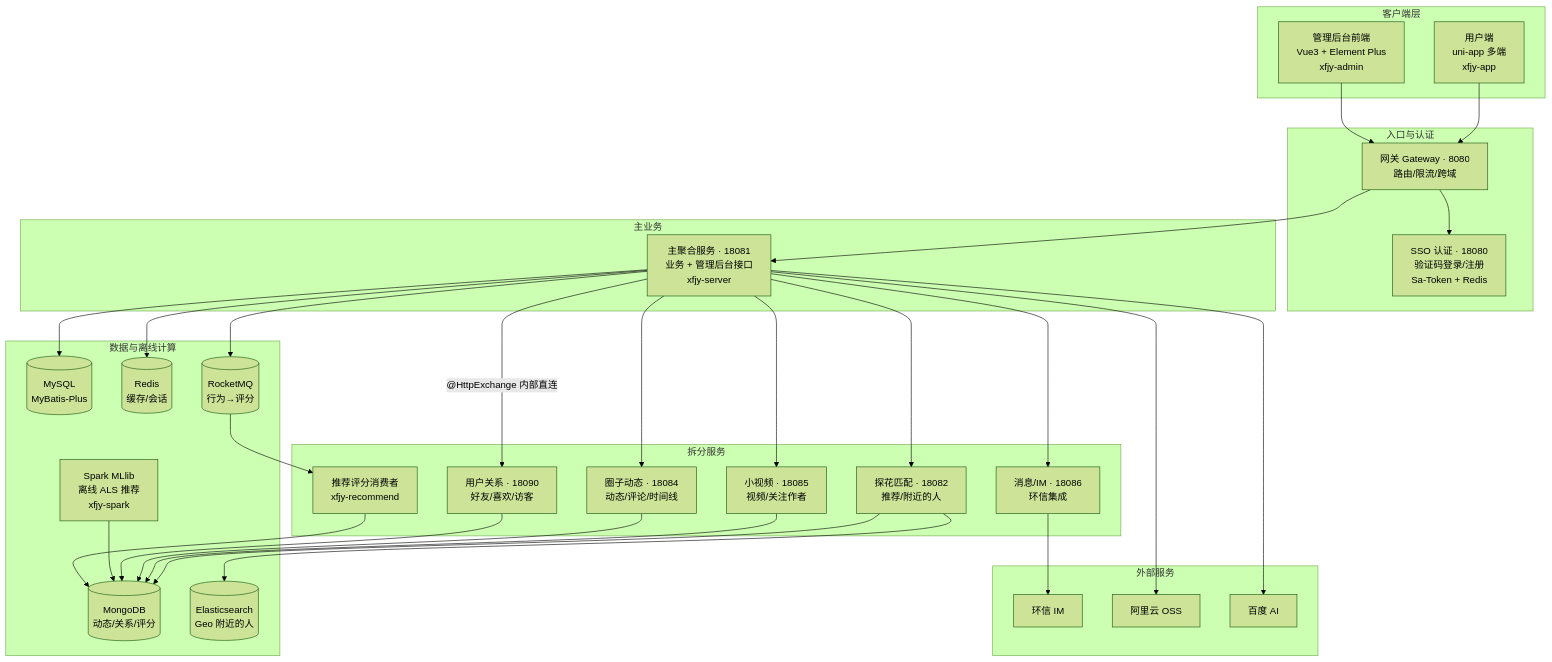
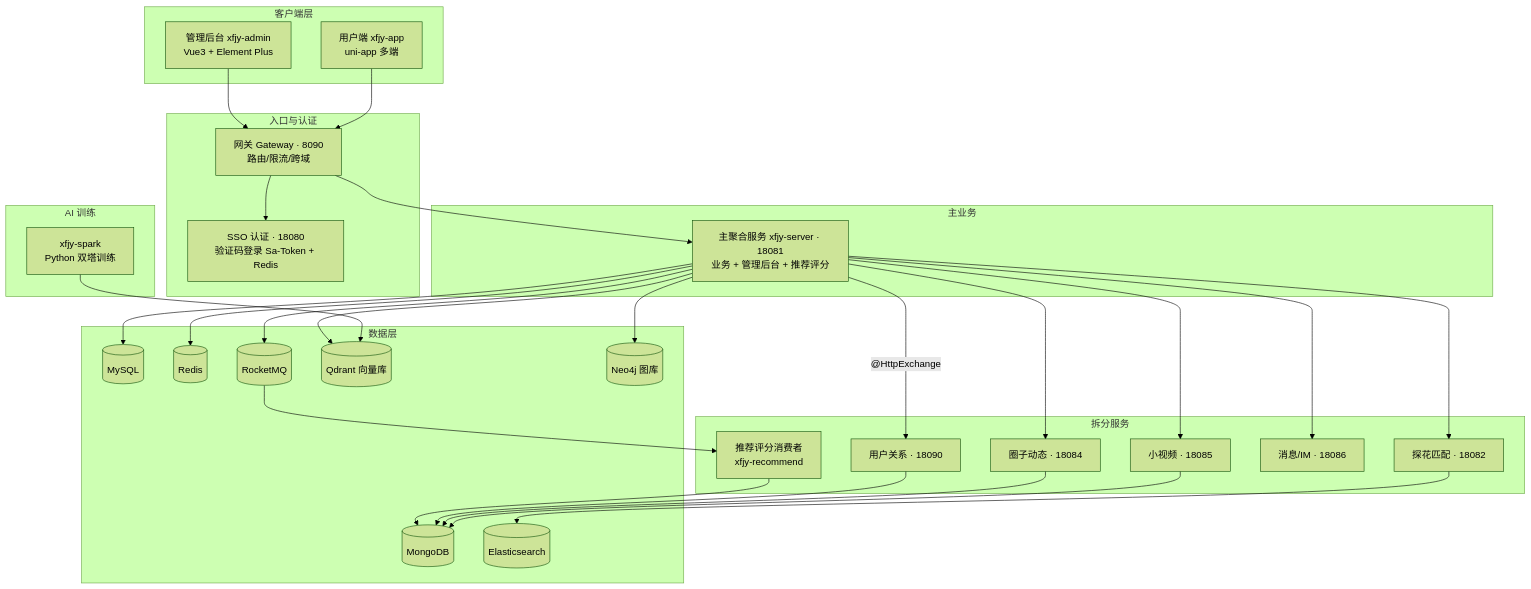
One commit to itxinfei/tanhua changed the diagram in README.md. Above: the diagram before and after it, drawn with Mermaid (forest theme). The commit also changed other lines of this file and 15 other files, not shown here.

````diff
--- a/README.md
+++ b/README.md
@@ -116,64 +100,61 @@
 ```mermaid
 flowchart TB
     subgraph 客户端层
-        A1[管理后台前端<br/>Vue3 + Element Plus<br/>xfjy-admin]
-        A2[用户端<br/>uni-app 多端<br/>xfjy-app]
+        A1[管理后台 xfjy-admin<br/>Vue3 + Element Plus]
+        A2[用户端 xfjy-app<br/>uni-app 多端]
     end
 
     subgraph 入口与认证
-        B[网关 Gateway · 8080<br/>路由/限流/跨域]
-        C[SSO 认证 · 18080<br/>验证码登录/注册<br/>Sa-Token + Redis]
+        B[网关 Gateway · 8090<br/>路由/限流/跨域]
+        C[SSO 认证 · 18080<br/>验证码登录 Sa-Token + Redis]
     end
 
     subgraph 主业务
-        D[主聚合服务 · 18081<br/>业务 + 管理后台接口<br/>xfjy-server]
+        D[主聚合服务 xfjy-server · 18081<br/>业务 + 管理后台 + 推荐评分]
     end
 
     subgraph 拆分服务
-        E1[用户关系 · 18090<br/>好友/喜欢/访客]
-        E2[圈子动态 · 18084<br/>动态/评论/时间线]
-        E3[小视频 · 18085<br/>视频/关注作者]
-        E4[探花匹配 · 18082<br/>推荐/附近的人]
-        E5[消息/IM · 18086<br/>环信集成]
+        E1[用户关系 · 18090]
+        E2[圈子动态 · 18084]
+        E3[小视频 · 18085]
+        E4[探花匹配 · 18082]
+        E5[消息/IM · 18086]
         E6[推荐评分消费者<br/>xfjy-recommend]
     end
 
-    subgraph 数据与离线计算
-        F1[(MySQL<br/>MyBatis-Plus)]
-        F2[(Redis<br/>缓存/会话)]
-        F3[(MongoDB<br/>动态/关系/评分)]
-        F4[(Elasticsearch<br/>Geo 附近的人)]
-        F5[(RocketMQ<br/>行为→评分)]
-        F6[Spark MLlib<br/>离线 ALS 推荐<br/>xfjy-spark]
+    subgraph 数据层
+        F1[(MySQL)]
+        F2[(Redis)]
+        F3[(MongoDB)]
+        F4[(Elasticsearch)]
+        F5[(RocketMQ)]
+        F7[(Qdrant 向量库)]
+        F8[(Neo4j 图库)]
     end
 
-    subgraph 外部服务
-        G1[环信 IM]
-        G2[阿里云 OSS]
-        G3[百度 AI]
+    subgraph AI 训练
+        G1[xfjy-spark<br/>Python 双塔训练]
     end
 
     A1 --> B
     A2 --> B
     B --> C
     B --> D
-    D -- @HttpExchange 内部直连 --> E1
+    D -- @HttpExchange --> E1
     D --> E2
     D --> E3
     D --> E4
     D --> E5
+    D --> F7
+    D --> F8
     E6 --> F3
-    F6 --> F3
     F5 --> E6
     D --> F5
+    G1 --> F7
     E1 --> F3
     E2 --> F3
     E3 --> F3
     E4 --> F4
-    E4 --> F3
     D --> F1
     D --> F2
-    E5 --> G1
-    D --> G2
-    D --> G3
 ```
````
